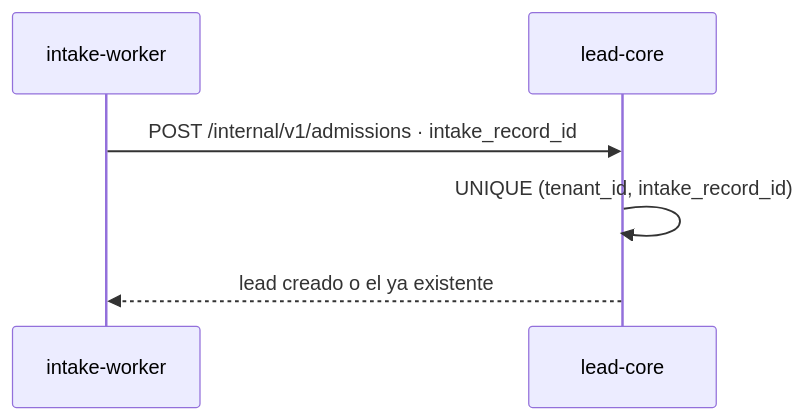
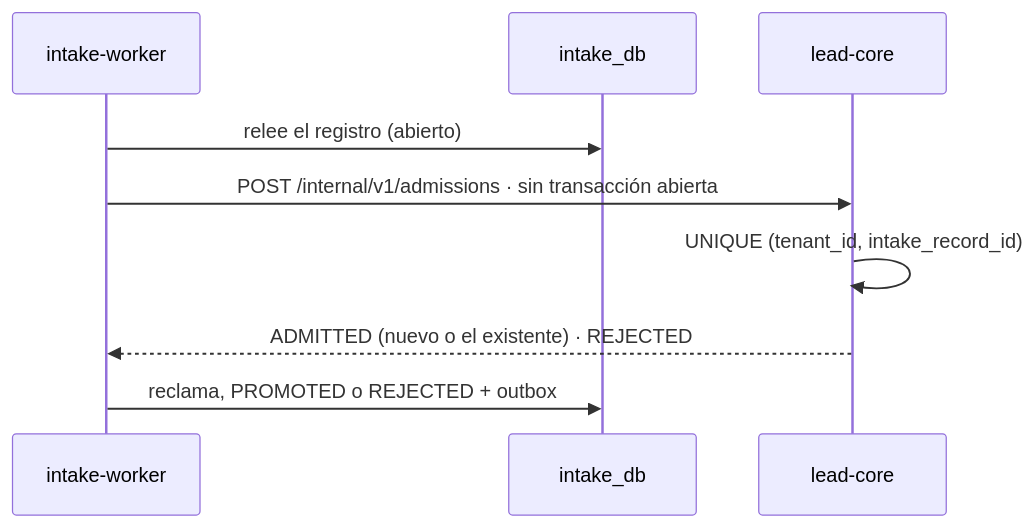
Diagram 15 of 15 in .slides-microservices/slides.md (MDCIrony/leads-hexa), drawn with Mermaid before and after one commit. The commit also changed other lines of this file, not shown here.

Commit message:
docs(slides): F4 intake extraction, cut result and measurements

````diff
--- a/.slides-microservices/slides.md
+++ b/.slides-microservices/slides.md
@@ -608,8 +613,11 @@
-```mermaid {scale: 0.48}
+```mermaid {scale: 0.46}
 sequenceDiagram
     participant W as intake-worker
+    participant IDB as intake_db
     participant LC as lead-core
-    W->>LC: POST /internal/v1/admissions · intake_record_id
+    W->>IDB: relee el registro (abierto)
+    W->>LC: POST /internal/v1/admissions · sin transacción abierta
     LC->>LC: UNIQUE (tenant_id, intake_record_id)
-    LC-->>W: lead creado o el ya existente
+    LC-->>W: ADMITTED (nuevo o el existente) · REJECTED
+    W->>IDB: reclama, PROMOTED o REJECTED + outbox
 ```
````
